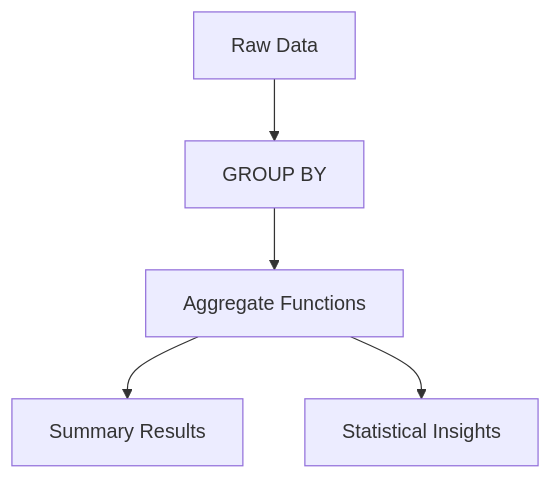
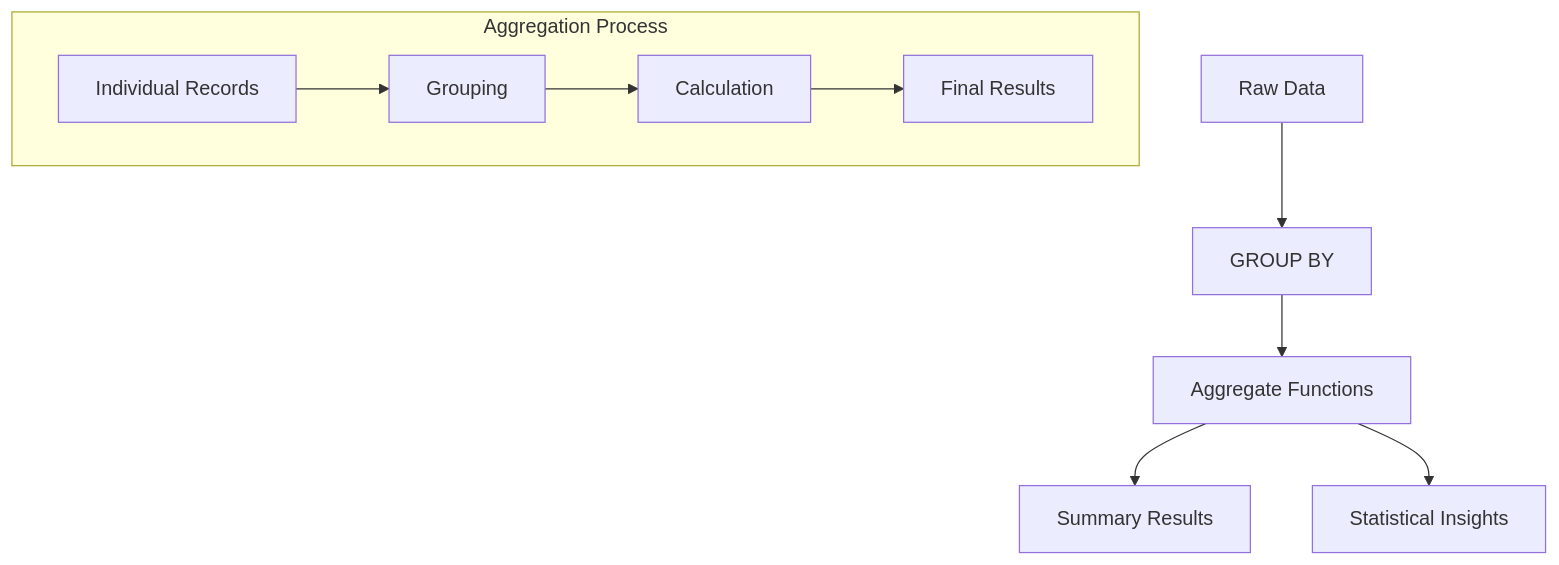
Before and after one commit to codebyshennan/tamkeen-data: the diagram in docs/2-data-wrangling/2.1-sql/aggregations.md, drawn with Mermaid. The commit also changed other lines of this file and 14 other files, not shown here.

````diff
--- a/docs/2-data-wrangling/2.1-sql/aggregations.md
+++ b/docs/2-data-wrangling/2.1-sql/aggregations.md
@@ -9,7 +9,13 @@
 ```mermaid
 graph TD
     A[Raw Data] --> B[GROUP BY]
     B --> C[Aggregate Functions]
     C --> D[Summary Results]
     C --> E[Statistical Insights]
+    
+    subgraph "Aggregation Process"
+    F[Individual Records] --> G[Grouping]
+    G --> H[Calculation]
+    H --> I[Final Results]
+    end
 ```
````
